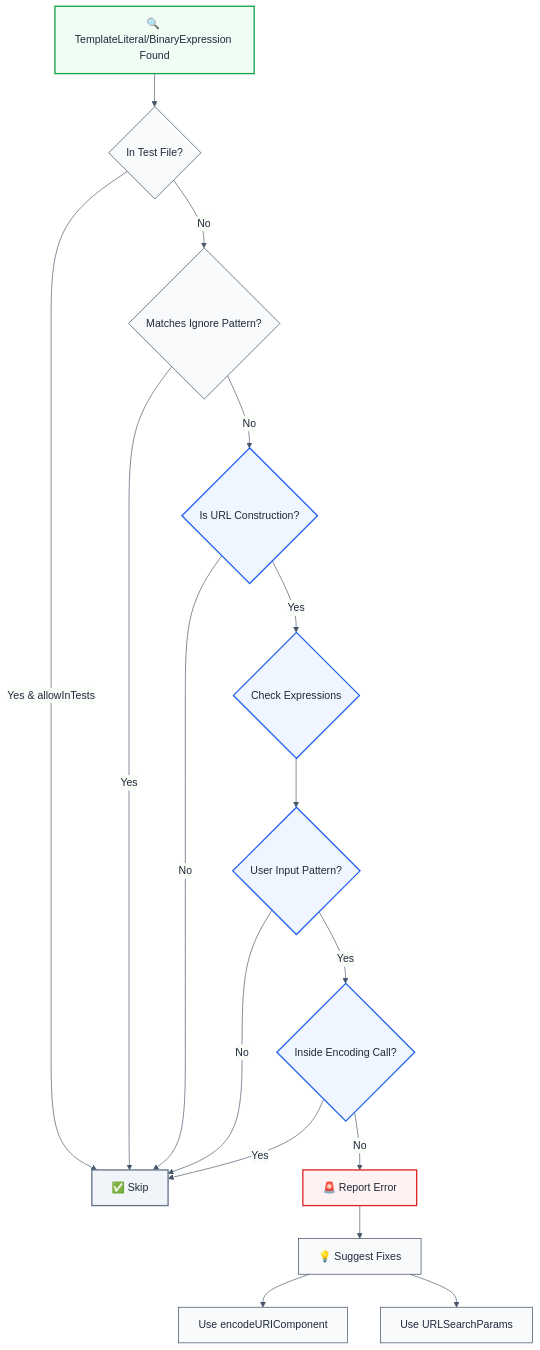
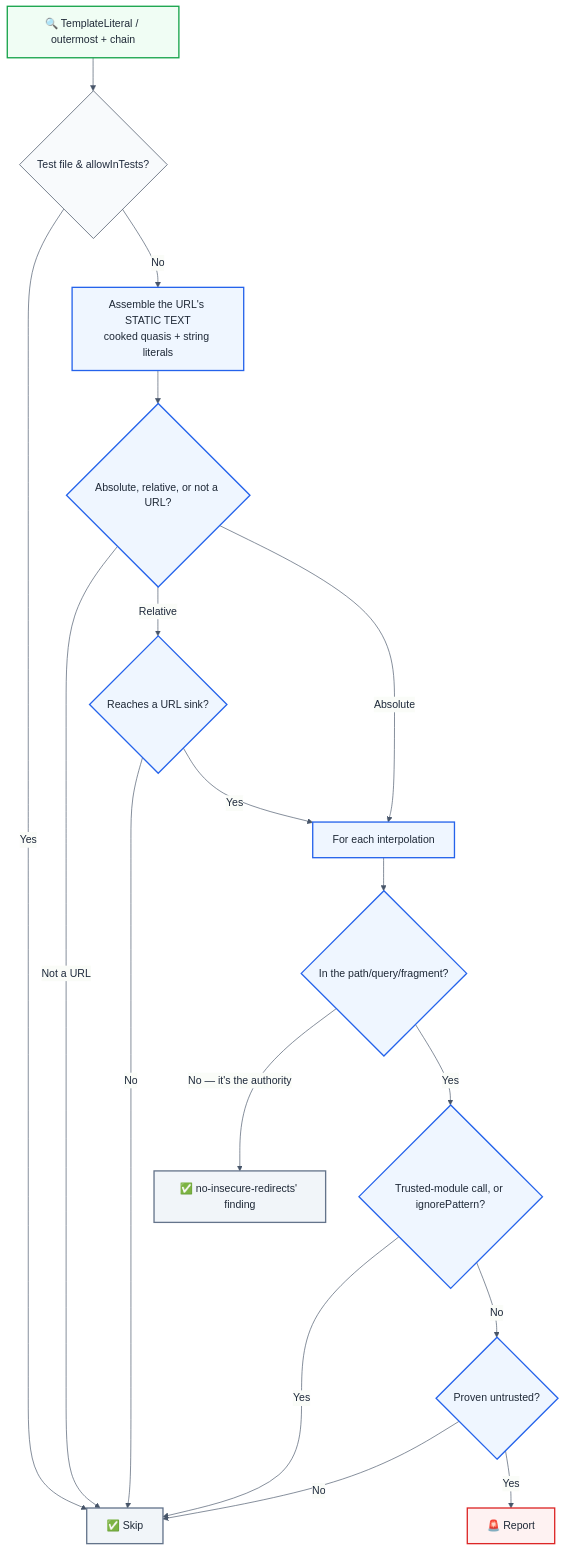
Before and after one commit to ofri-peretz/eslint: the diagram in apps/docs/content/docs/security/plugin-browser-security/rules/no-unescaped-url-parameter.mdx, drawn with Mermaid. The commit also changed other lines of this file and 65 other files, not shown here.

````diff
--- a/apps/docs/content/docs/security/plugin-browser-security/rules/no-unescaped-url-parameter.mdx
+++ b/apps/docs/content/docs/security/plugin-browser-security/rules/no-unescaped-url-parameter.mdx
@@ -151,42 +198,43 @@
 ```mermaid
 %%{init: {
   'theme': 'base',
   'themeVariables': {
     'primaryColor': '#f8fafc',
     'primaryTextColor': '#1e293b',
     'primaryBorderColor': '#334155',
     'lineColor': '#475569',
     'c0': '#f8fafc',
     'c1': '#f1f5f9',
     'c2': '#e2e8f0',
     'c3': '#cbd5e1'
   }
 }}%%
 flowchart TD
-    A["🔍 TemplateLiteral/BinaryExpression Found"] --> B{"In Test File?"}
-    B -->|Yes & allowInTests| C["✅ Skip"]
-    B -->|No| D{"Matches Ignore Pattern?"}
-    D -->|Yes| C
-    D -->|No| E{"Is URL Construction?"}
-    E -->|No| C
-    E -->|Yes| F{"Check Expressions"}
-    F --> G{"User Input Pattern?"}
-    G -->|No| C
-    G -->|Yes| H{"Inside Encoding Call?"}
-    H -->|Yes| C
-    H -->|No| I["🚨 Report Error"]
-    I --> J["💡 Suggest Fixes"]
-    J --> K["Use encodeURIComponent"]
-    J --> L["Use URLSearchParams"]
+    A["🔍 TemplateLiteral / outermost + chain"] --> B{"Test file & allowInTests?"}
+    B -->|Yes| C["✅ Skip"]
+    B -->|No| D["Assemble the URL's STATIC TEXT<br/>cooked quasis + string literals"]
+    D --> E{"Absolute, relative, or not a URL?"}
+    E -->|Not a URL| C
+    E -->|Relative| F{"Reaches a URL sink?"}
+    F -->|No| C
+    F -->|Yes| G
+    E -->|Absolute| G["For each interpolation"]
+    G --> H{"In the path/query/fragment?"}
+    H -->|No — it's the authority| I["✅ no-insecure-redirects' finding"]
+    H -->|Yes| J{"Trusted-module call, or ignorePattern?"}
+    J -->|Yes| C
+    J -->|No| K{"Proven untrusted?"}
+    K -->|No| C
+    K -->|Yes| L["🚨 Report"]
 
     classDef startNode fill:#f0fdf4,stroke:#16a34a,stroke-width:2px,color:#1f2937
     classDef errorNode fill:#fef2f2,stroke:#dc2626,stroke-width:2px,color:#1f2937
     classDef processNode fill:#eff6ff,stroke:#2563eb,stroke-width:2px,color:#1f2937
     classDef skipNode fill:#f1f5f9,stroke:#64748b,stroke-width:2px,color:#1f2937
 
     class A startNode
-    class I errorNode
-    class E,F,G,H processNode
-    class C skipNode
+    class L errorNode
+    class D,E,F,G,H,J,K processNode
+    class C,I skipNode
 
 ```
````
